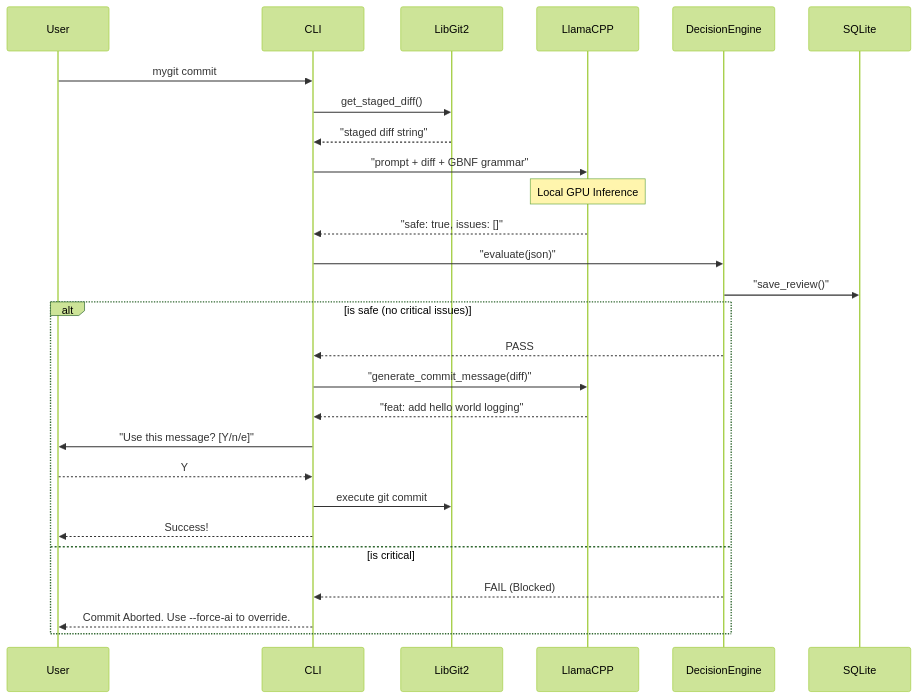
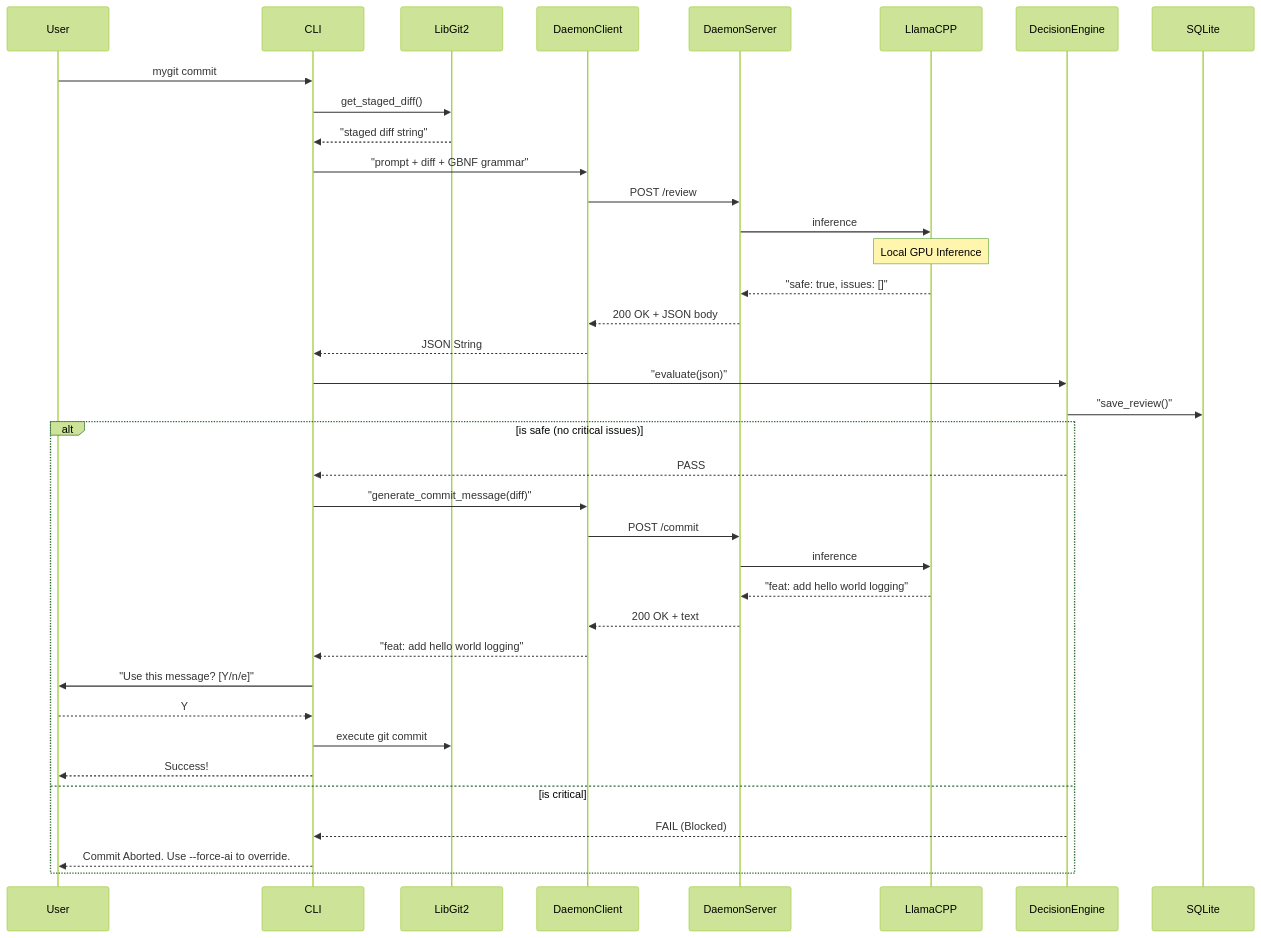
One commit to madhav-gfn/AI_code_reviewer_git changed the second of 2 diagrams in README.md. Above: the diagram before and after it, drawn with Mermaid (forest theme). The commit also changed other lines of this file and 2 other files, not shown here.

````diff
--- a/README.md
+++ b/README.md
@@ -115,34 +131,44 @@
 ```mermaid
 sequenceDiagram
     participant User
     participant CLI
     participant LibGit2
+    participant DaemonClient
+    participant DaemonServer
     participant LlamaCPP
     participant DecisionEngine
     participant SQLite
 
     User->>CLI: mygit commit
     CLI->>LibGit2: get_staged_diff()
     LibGit2-->>CLI: "staged diff string"
-    CLI->>LlamaCPP: "prompt + diff + GBNF grammar"
+    CLI->>DaemonClient: "prompt + diff + GBNF grammar"
+    DaemonClient->>DaemonServer: POST /review
+    DaemonServer->>LlamaCPP: inference
     
     Note over LlamaCPP: Local GPU Inference
     
-    LlamaCPP-->>CLI: "safe: true, issues: []"
+    LlamaCPP-->>DaemonServer: "safe: true, issues: []"
+    DaemonServer-->>DaemonClient: 200 OK + JSON body
+    DaemonClient-->>CLI: JSON String
     CLI->>DecisionEngine: "evaluate(json)"
     
     DecisionEngine->>SQLite: "save_review()"
     
     alt is safe (no critical issues)
         DecisionEngine-->>CLI: PASS
-        CLI->>LlamaCPP: "generate_commit_message(diff)"
-        LlamaCPP-->>CLI: "feat: add hello world logging"
+        CLI->>DaemonClient: "generate_commit_message(diff)"
+        DaemonClient->>DaemonServer: POST /commit
+        DaemonServer->>LlamaCPP: inference
+        LlamaCPP-->>DaemonServer: "feat: add hello world logging"
+        DaemonServer-->>DaemonClient: 200 OK + text
+        DaemonClient-->>CLI: "feat: add hello world logging"
         CLI->>User: "Use this message? [Y/n/e]"
         User-->>CLI: Y
         CLI->>LibGit2: execute git commit
         CLI-->>User: Success!
     else is critical
         DecisionEngine-->>CLI: FAIL (Blocked)
         CLI-->>User: Commit Aborted. Use --force-ai to override.
     end
 ```
````
